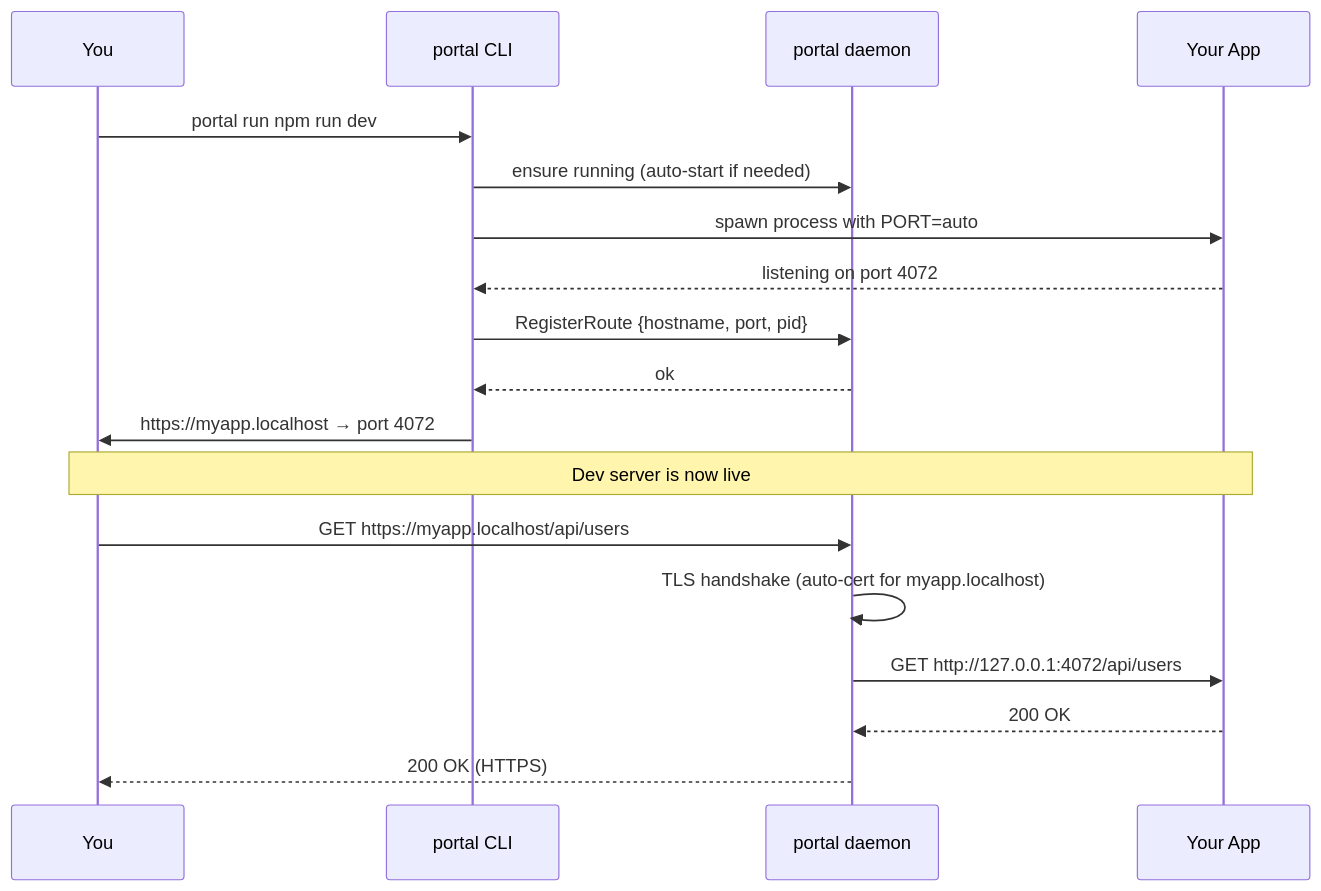
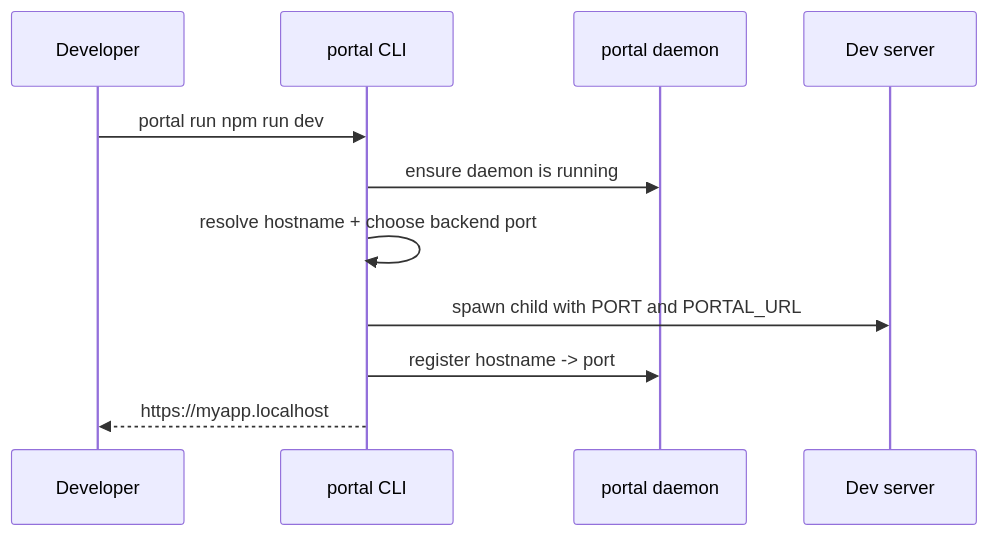
Before and after one commit to been-there-done-that/portal: the first of 8 diagrams in README.md, drawn with Mermaid. The commit also changed other lines of this file and 4 other files, not shown here.

````diff
--- a/README.md
+++ b/README.md
@@ -44,23 +93,14 @@
 ```mermaid
 sequenceDiagram
-    participant You
+    participant Dev as Developer
     participant CLI as portal CLI
     participant Daemon as portal daemon
-    participant App as Your App
+    participant App as Dev server
 
-    You->>CLI: portal run npm run dev
-    CLI->>Daemon: ensure running (auto-start if needed)
-    CLI->>App: spawn process with PORT=auto
-    App-->>CLI: listening on port 4072
-    CLI->>Daemon: RegisterRoute {hostname, port, pid}
-    Daemon-->>CLI: ok
-    CLI->>You: https://myapp.localhost → port 4072
-
-    Note over You,App: Dev server is now live
-
-    You->>Daemon: GET https://myapp.localhost/api/users
-    Daemon->>Daemon: TLS handshake (auto-cert for myapp.localhost)
-    Daemon->>App: GET http://127.0.0.1:4072/api/users
-    App-->>Daemon: 200 OK
-    Daemon-->>You: 200 OK (HTTPS)
+    Dev->>CLI: portal run npm run dev
+    CLI->>Daemon: ensure daemon is running
+    CLI->>CLI: resolve hostname + choose backend port
+    CLI->>App: spawn child with PORT and PORTAL_URL
+    CLI->>Daemon: register hostname -> port
+    CLI-->>Dev: https://myapp.localhost
 ```
````
